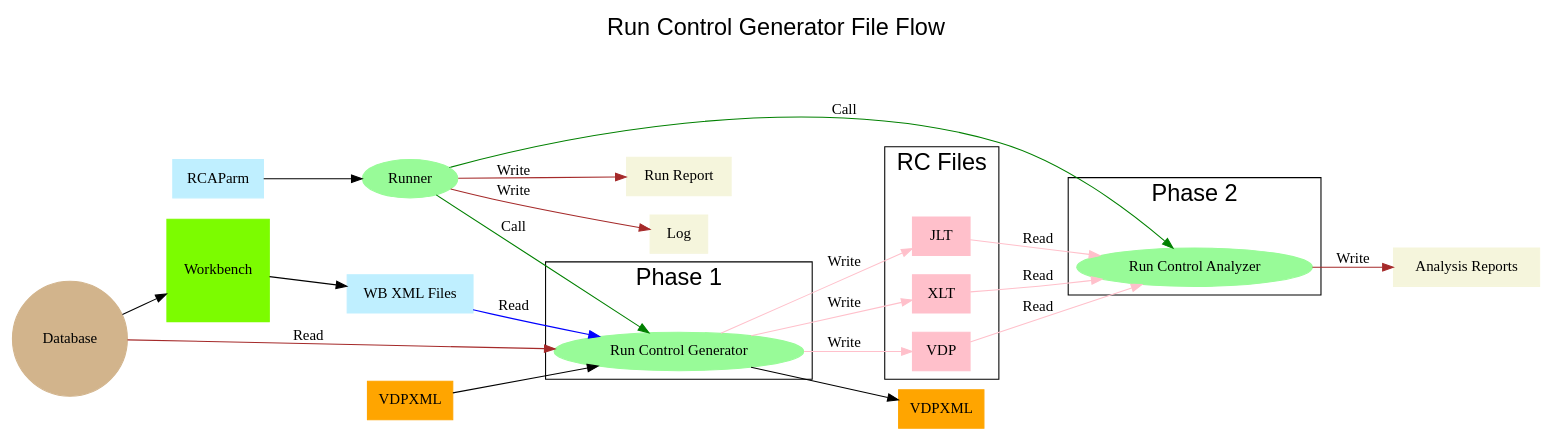
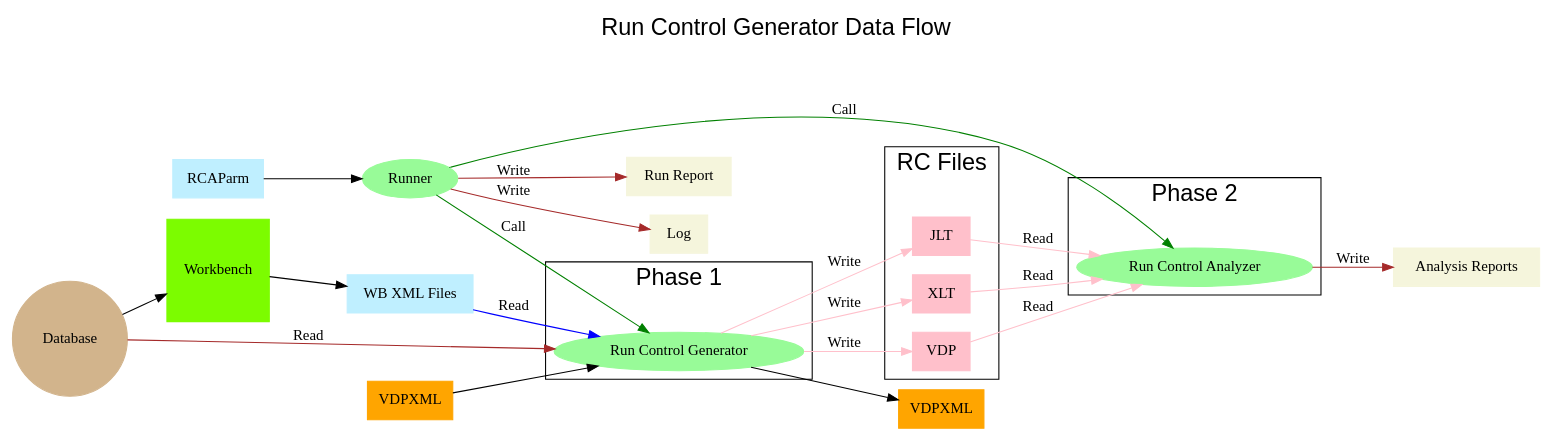
The diagram in RunControlGenerator/docs/RCFileFlow.gv (hammyau/Run-Control-Apps), drawn with Graphviz before and after one commit. The commit also changed 6 other files, not shown here.

```diff
--- a/RunControlGenerator/docs/RCFileFlow.gv
+++ b/RunControlGenerator/docs/RCFileFlow.gv
@@ -1,68 +1,68 @@
 digraph RunControlGeneratoFileFlowr {
 rankdir=LR
-graph [label="Run Control Generator File Flow\n\n\n", labelloc=t, labeljust=center, fontname=Helvetica, fontsize=22];
+graph [label="Run Control Generator Data Flow\n\n\n", labelloc=t, labeljust=center, fontname=Helvetica, fontsize=22];
 labeljust=center;
 
 // Files
 
 WB[label="Workbench" shape=square style=filled color=lawngreen]
 DB[label="Database" shape=circle style=filled color=tan]
 
 //subgraph cluster_rcapps {
 //    label = "Run Control Apps\n\n"; 
 //    node [shape = plaintext;];
 
     RUN[label="Runner" shape=oval style=filled color=PaleGreen ]
     
     subgraph cluster_rcg {
         label = "Phase 1\n\n";
         node [shape = plaintext;];
         RCG[label="Run Control Generator" shape=oval style=filled color=PaleGreen]
     }
     subgraph cluster_rcf {
         label = "RC Files \n\n";
         node [shape = plaintext;];
     JLT[label="JLT" shape=rect style=filled color=pink ]
     XLT[label="XLT" shape=rect style=filled color=pink ]
     VDP[label="VDP" shape=rect style=filled color=pink ]
     }
     subgraph cluster_rca {
         label = "Phase 2\n\n";
         node [shape = plaintext;];
         RCA[label="Run Control Analyzer" shape=oval style=filled color=PaleGreen]
     }
 //}
 
 VDPXMLO[label="VDPXML" shape=rect style=filled color=orange ]
 VDPXMLI[label="VDPXML" shape=rect style=filled color=orange ]
 
 RAP[label="RCAParm" shape=rect style=filled color=lightblue1]
 WBX[label="WB XML Files" shape=rect style=filled color=lightblue1 ]
 RPT[label="Run Report" shape=rect style=filled color=beige ]
 LOG[label="Log" shape=rect style=filled color=beige ]
 REPS[label="Analysis Reports" shape=rect style=filled color=beige ]
 
 DB -> WB -> WBX
 DB -> RCG [label="Read" color=brown]
 RAP -> RUN
 RUN -> RCG [label="Call" color=green]
 RUN -> RCA [label="Call" color=green]
 WBX -> RCG [label="Read" color=blue]
 RCG -> VDP [label="Write" color=pink] 
 RCG -> XLT [label="Write" color=pink] 
 RCG -> JLT [label="Write" color=pink] 
 RCG -> VDPXMLO
 VDPXMLI -> RCG
 
 VDP -> RCA [label="Read" color=pink]
 XLT -> RCA [label="Read" color=pink]
 JLT -> RCA [label="Read" color=pink]
 
 RCA -> REPS [label="Write" color=brown] 
 
 RUN -> RPT [label="Write" color=brown] 
 RUN -> LOG [label="Write" color=brown] 
 
 //RAP -> RCA
 
 }
```
